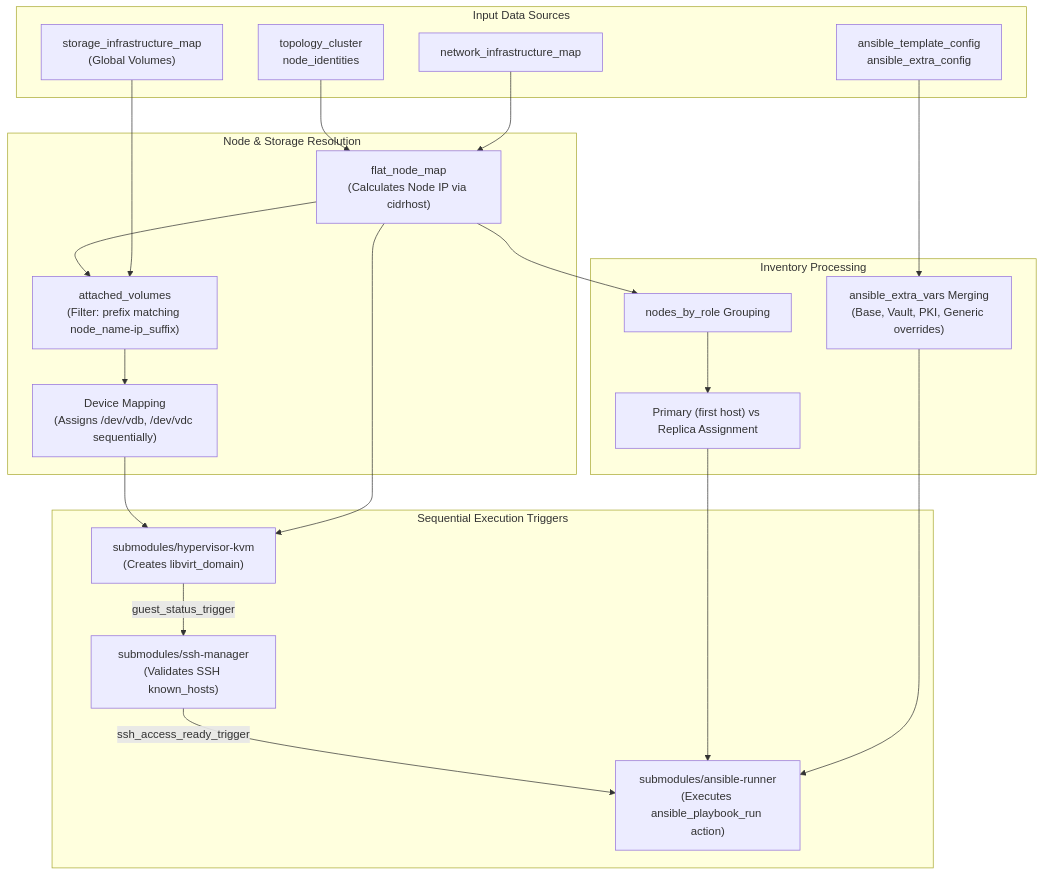
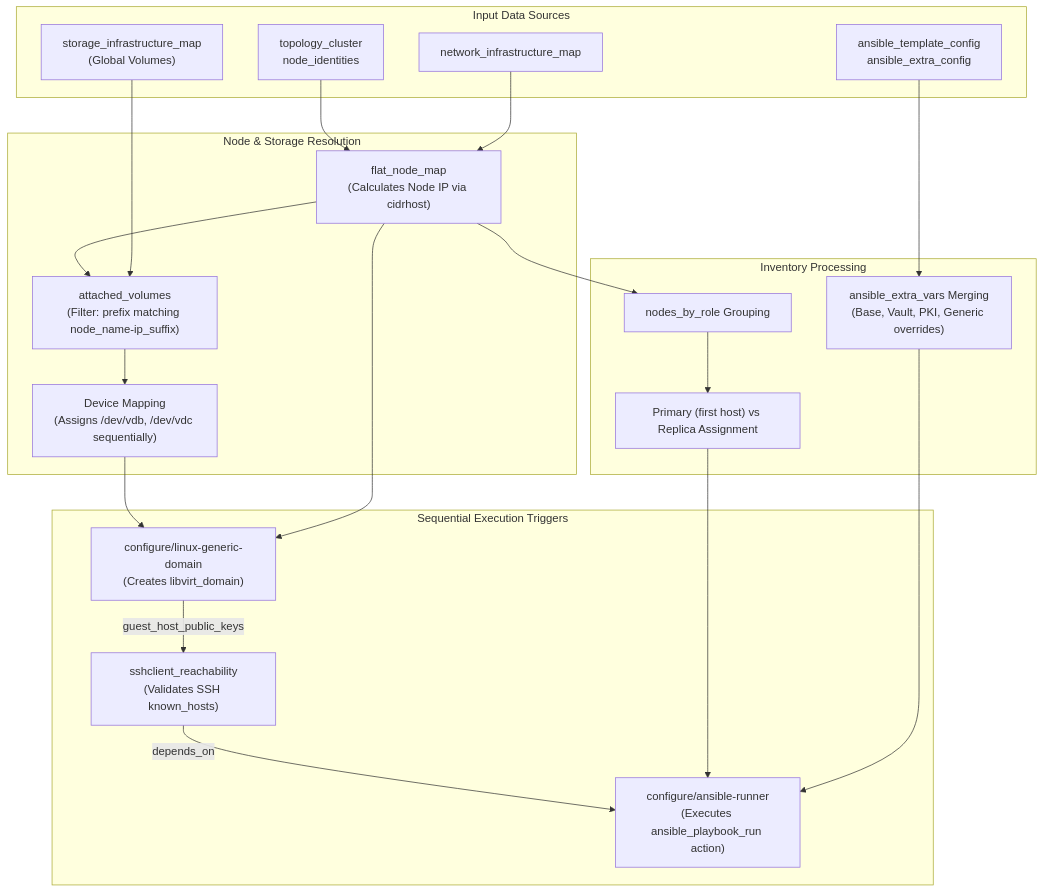
Before and after one commit to csning1998/meta-platform: the third of 3 diagrams in documentation/architecture/kvm-provisioning-pipeline.md, drawn with Mermaid. The commit also changed other lines of this file and 85 other files, not shown here.

First line of the commit message:
refactor(kvm): split kvm-provisioning into configure, orchestrate, and helpers

````diff
--- a/documentation/architecture/kvm-provisioning-pipeline.md
+++ b/documentation/architecture/kvm-provisioning-pipeline.md
@@ -289,40 +283,40 @@
 ```mermaid
 flowchart TD
     subgraph IN_DATA ["Input Data Sources"]
         CTX_TOP["topology_cluster\nnode_identities"]
         NET_INF["network_infrastructure_map"]
         STOR_INF["storage_infrastructure_map\n(Global Volumes)"]
         ANS_CFG["ansible_template_config\nansible_extra_config"]
     end
 
     subgraph FLATTEN ["Node & Storage Resolution"]
         FNM["flat_node_map\n(Calculates Node IP via cidrhost)"]
         V_DISC["attached_volumes\n(Filter: prefix matching node_name-ip_suffix)"]
         DEVICE_MAP["Device Mapping\n(Assigns /dev/vdb, /dev/vdc sequentially)"]
     end
 
     subgraph INV_PROC ["Inventory Processing"]
         ROLE_GRP["nodes_by_role Grouping"]
         PRI_SEC["Primary (first host) vs Replica Assignment"]
         VARS_MERGE["ansible_extra_vars Merging\n(Base, Vault, PKI, Generic overrides)"]
     end
 
     subgraph EXEC_TRIGGER ["Sequential Execution Triggers"]
-        H_KVM["submodules/hypervisor-kvm\n(Creates libvirt_domain)"]
-        S_MGR["submodules/ssh-manager\n(Validates SSH known_hosts)"]
-        A_RUN["submodules/ansible-runner\n(Executes ansible_playbook_run action)"]
+        H_KVM["configure/linux-generic-domain\n(Creates libvirt_domain)"]
+        S_MGR["sshclient_reachability\n(Validates SSH known_hosts)"]
+        A_RUN["configure/ansible-runner\n(Executes ansible_playbook_run action)"]
     end
 
     CTX_TOP & NET_INF --> FNM
     FNM --> V_DISC
     STOR_INF --> V_DISC
     V_DISC --> DEVICE_MAP
 
     FNM --> ROLE_GRP --> PRI_SEC
     ANS_CFG --> VARS_MERGE
 
     DEVICE_MAP & FNM --> H_KVM
-    H_KVM -->|guest_status_trigger| S_MGR
-    S_MGR -->|ssh_access_ready_trigger| A_RUN
+    H_KVM -->|guest_host_public_keys| S_MGR
+    S_MGR -->|depends_on| A_RUN
     PRI_SEC & VARS_MERGE --> A_RUN
 ```
````
